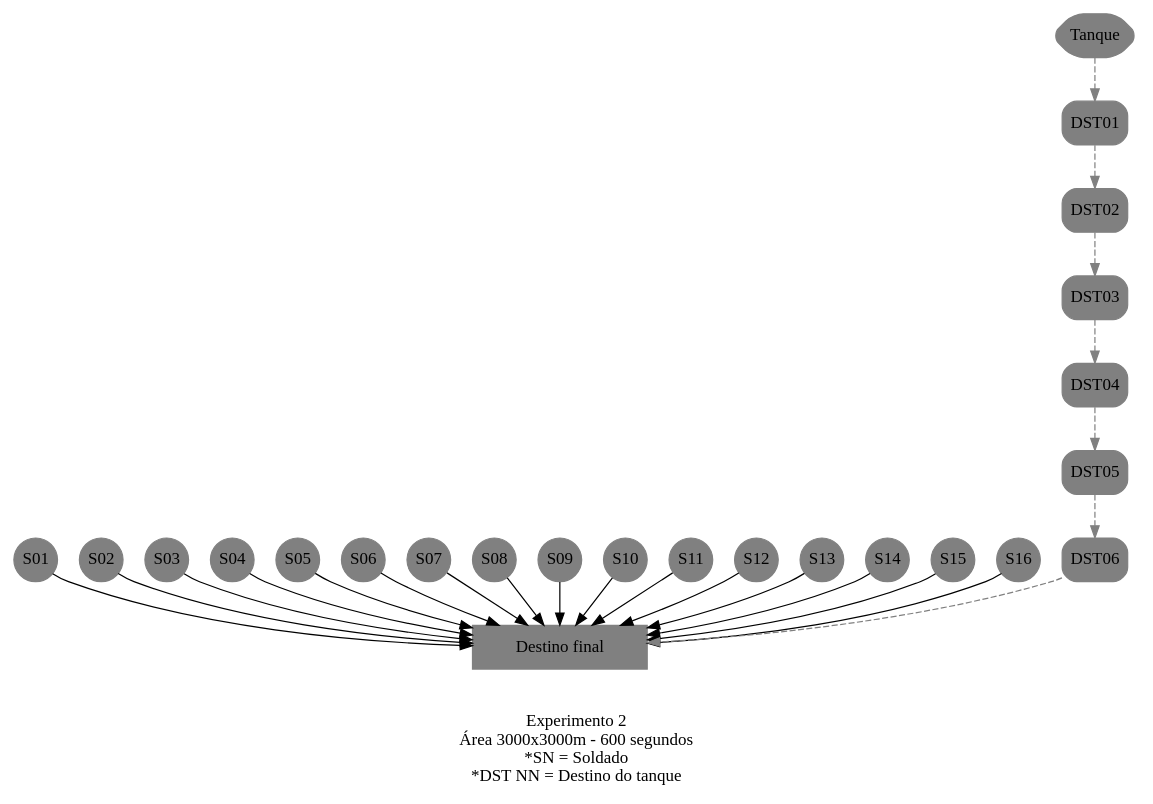
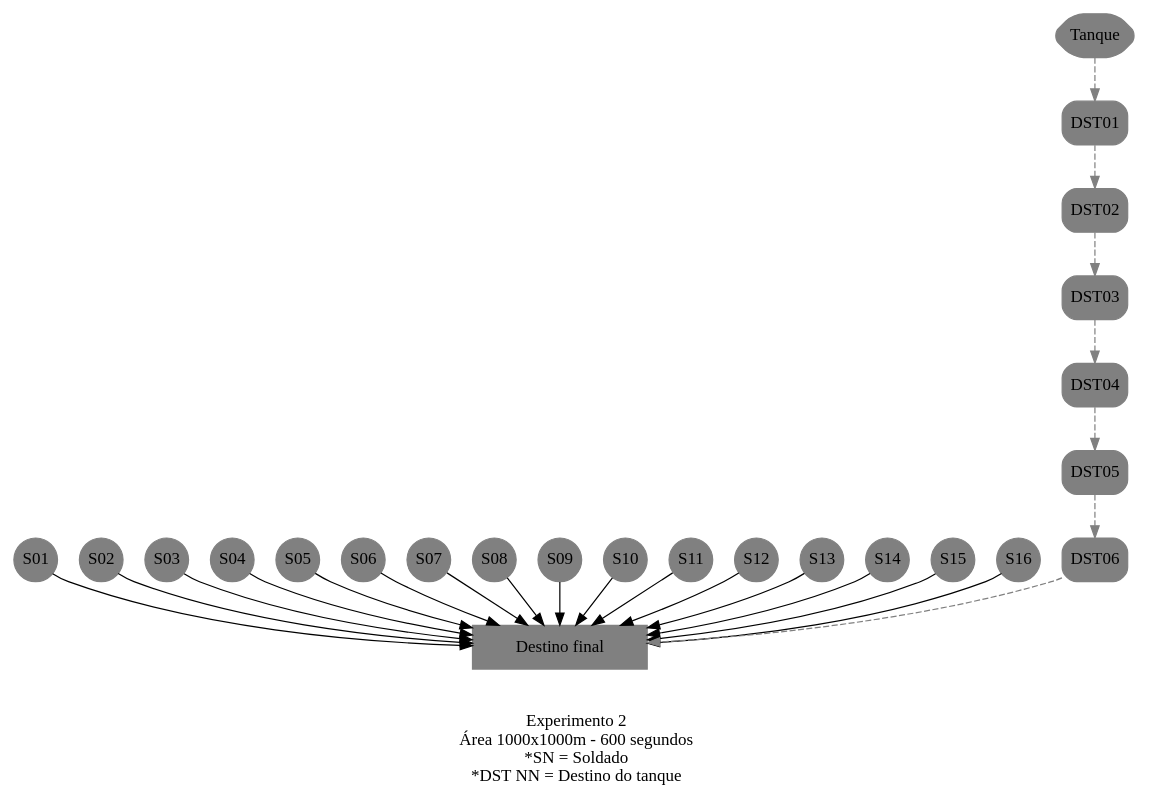
The diagram in doc/TCC/images-source/experimento2.dot (fabiosammy/TCC_NS2), drawn with Graphviz before and after one commit. The commit also changed 7 other files, not shown here.

```diff
--- a/doc/TCC/images-source/experimento2.dot
+++ b/doc/TCC/images-source/experimento2.dot
@@ -1,32 +1,32 @@
 digraph experimento2 {
 
 	node[color=gray,shape=circle,fixedsize=true,style="filled",size=18,pin=true];
 	S01[pos="0.0,4.0"]; S02[pos="0.5,4.0"]; S03[pos="0.0,4.5"]; S04[pos="0.5,4.5"];
 	S05[pos="0.0,2.0"]; S06[pos="0.5,2.0"]; S07[pos="0.0,2.5"]; S08[pos="0.5,2.5"];
 	S09[pos="2.0,0.0"]; S10[pos="2.5,0.0"]; S11[pos="2.0,0.5"]; S12[pos="2.5,0.5"];
 	S13[pos="4.0,0.0"]; S14[pos="4.5,0.0"]; S15[pos="4.0,0.5"]; S16[pos="4.5,0.5"];
 
 	node[color=gray,shape=box,pin=true];
 	DS[label="Destino final",pos="6.0,3.5",width="2"];
 
 	//edge[style="snake=snake"]
 	S01 -> DS; S02 -> DS; S03 -> DS; S04 -> DS;
 	S05 -> DS; S06 -> DS; S07 -> DS; S08 -> DS;
 	S09 -> DS; S10 -> DS; S11 -> DS; S12 -> DS;
 	S13 -> DS; S14 -> DS; S15 -> DS; S16 -> DS;
 
 	node[color=gray,style="rounded,filled",shape=hexagon,pin=true];
 	Tank[label="Tanque",pos="0.0,0.0",width=1];
 
 	node[color=gray,shape=box,pin=true]
 	DST01[pos="1.0,1.0"]
 	DST02[pos="1.5,2.0"]
 	DST03[pos="3.0,2.0"]
 	DST04[pos="4.5,2.0"]
 	DST05[pos="3.0,3.0"]
 	DST06[pos="4.0,4.0"]
 
 	Tank -> DST01 -> DST02 -> DST03 -> DST04 -> DST05 -> DST06 -> DS[style="dashed",color="gray"];
 
-	label="\n\nExperimento 2 \nÁrea 3000x3000m - 600 segundos \n*SN = Soldado \n*DST NN = Destino do tanque"
+	label="\n\nExperimento 2 \nÁrea 1000x1000m - 600 segundos \n*SN = Soldado \n*DST NN = Destino do tanque"
 }
```
